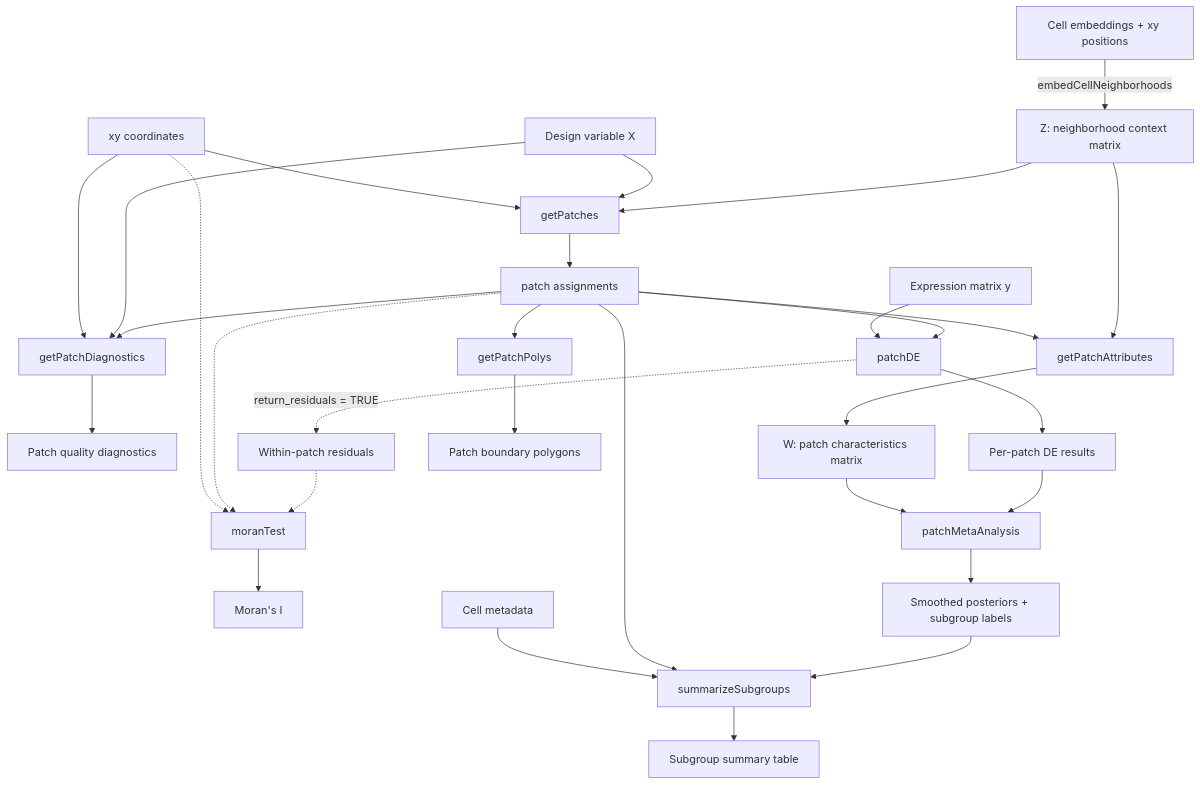
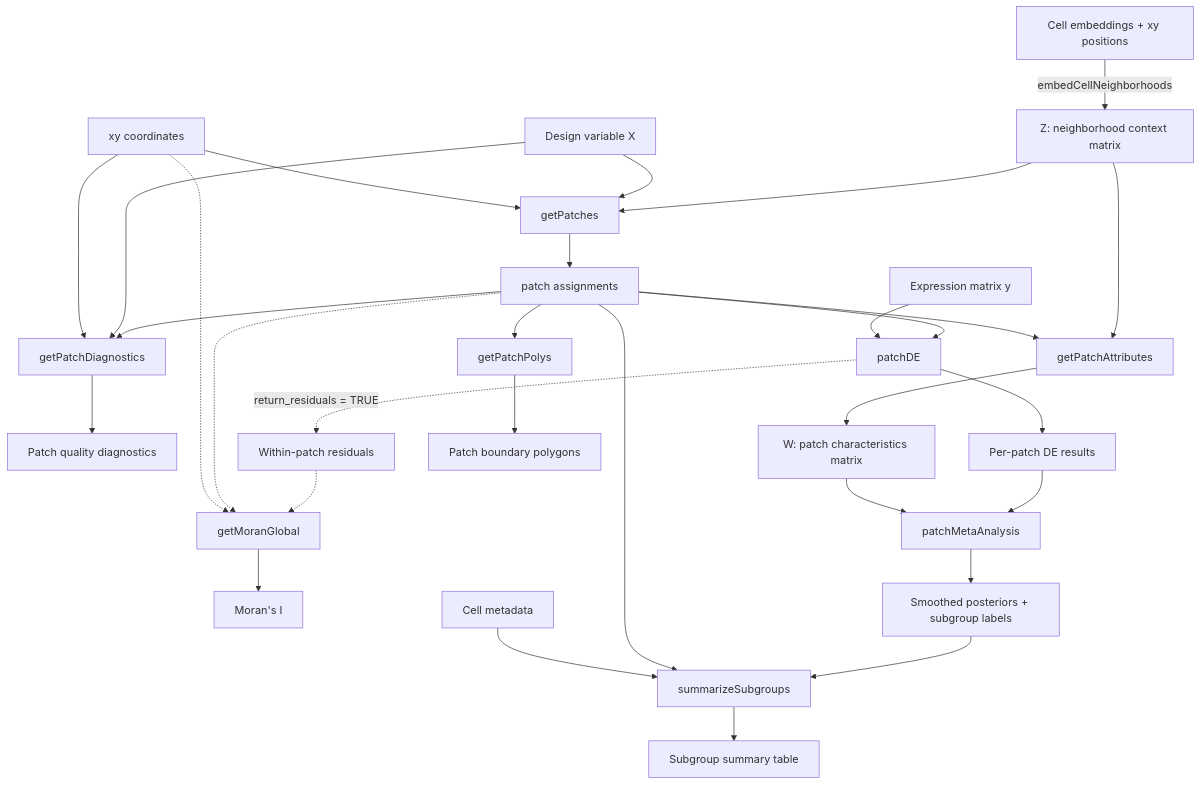
One commit to mcalgaro93/SpaceMosaic changed the diagram in README.md. Above: the diagram before and after it, drawn with Mermaid. The commit also changed other lines of this file and 14 other files, not shown here.

Commit message:
Rename `moranTest` to `getMoranGlobal`. Across package, docs, and examples

````diff
--- a/README.md
+++ b/README.md
@@ -13,39 +13,39 @@
 ```mermaid
 flowchart TD
     A[Cell embeddings + xy positions] -->|embedCellNeighborhoods| B[Z: neighborhood context matrix]
     B --> C[getPatches]
     X[Design variable X] --> C
     XY[xy coordinates] --> C
     C --> D[patch assignments]
 
     D --> Q[getPatchDiagnostics]
     X --> Q
     XY --> Q
     Q --> QD[Patch quality diagnostics]
     
     D --> E[patchDE]
     Y[Expression matrix y] --> E
     E --> F[Per-patch DE results]
 
     E -.->|return_residuals = TRUE| R[Within-patch residuals]
-    R -.-> MI[moranTest]
+    R -.-> MI[getMoranGlobal]
     D -.-> MI
     XY -.-> MI
     MI --> MD[Moran's I]
     
     B --> G[getPatchAttributes]
     D --> G
     G --> H[W: patch characteristics matrix]
     
     F --> I[patchMetaAnalysis]
     H --> I
     I --> J[Smoothed posteriors + subgroup labels]
     
     J --> K[summarizeSubgroups]
     D --> K
     META[Cell metadata] --> K
     K --> L[Subgroup summary table]
     
     D --> M[getPatchPolys]
     M --> N[Patch boundary polygons]
 ```
````
